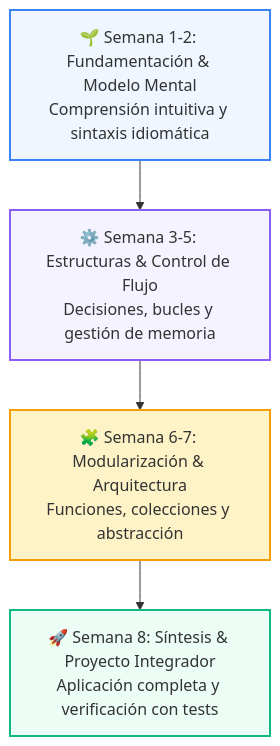
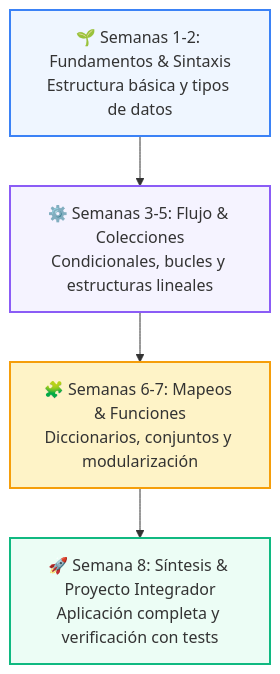
The diagram in 01-fundamentos-python/README.md (wisrovi/wisrovi-python), drawn with Mermaid before and after one commit. The commit also changed other lines of this file and 271 other files, not shown here.

Commit message:
docs: rewrite all README.md files with bespoke topic-specific Mermaid diagrams and remove repetitive boilerplate

````diff
--- a/01-fundamentos-python/README.md
+++ b/01-fundamentos-python/README.md
@@ -13,11 +11,11 @@
 ```mermaid
 flowchart TD
-    W1["🌱 Semana 1-2: Fundamentación & Modelo Mental<br/>Comprensión intuitiva y sintaxis idiomática"] --> W2["⚙️ Semana 3-5: Estructuras & Control de Flujo<br/>Decisiones, bucles y gestión de memoria"]
-    W2 --> W3["🧩 Semana 6-7: Modularización & Arquitectura<br/>Funciones, colecciones y abstracción"]
+    W1["🌱 Semanas 1-2: Fundamentos & Sintaxis<br/>Estructura básica y tipos de datos"] --> W2["⚙️ Semanas 3-5: Flujo & Colecciones<br/>Condicionales, bucles y estructuras lineales"]
+    W2 --> W3["🧩 Semanas 6-7: Mapeos & Funciones<br/>Diccionarios, conjuntos y modularización"]
     W3 --> W4["🚀 Semana 8: Síntesis & Proyecto Integrador<br/>Aplicación completa y verificación con tests"]
 
     style W1 fill:#eff6ff,stroke:#3b82f6,stroke-width:2px
     style W2 fill:#f5f3ff,stroke:#8b5cf6,stroke-width:2px
     style W3 fill:#fef3c7,stroke:#f59e0b,stroke-width:2px
     style W4 fill:#ecfdf5,stroke:#10b981,stroke-width:2px
 ```
````
